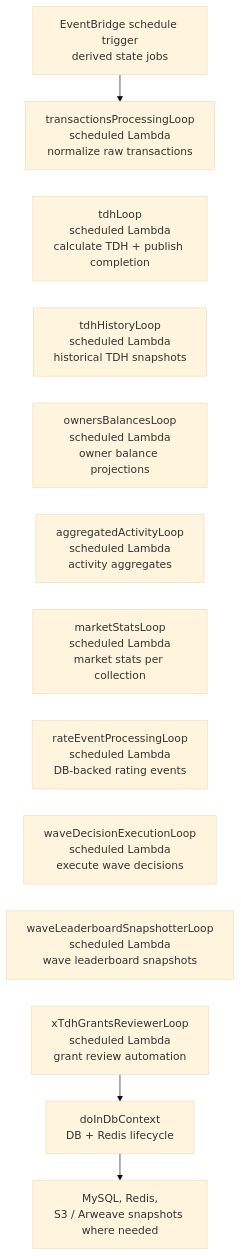
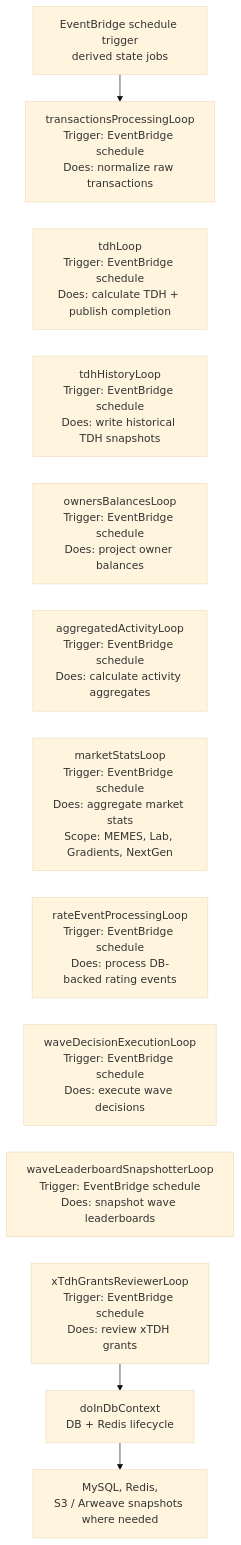
The third of 16 diagrams in docs/architecture.md (6529-Collections/6529seize-backend), drawn with Mermaid (base theme) before and after one commit. The commit also changed other lines of this file, not shown here.

````diff
--- a/docs/architecture.md
+++ b/docs/architecture.md
@@ -66,25 +66,25 @@
 ```mermaid
 %%{init: {"flowchart": {"nodeSpacing": 24, "rankSpacing": 40, "curve": "basis"}} }%%
 flowchart TD
-  DerivedSchedules["EventBridge schedule trigger<br/>derived state jobs"] --> TransactionsProcessingLoop["transactionsProcessingLoop<br/>scheduled Lambda<br/>normalize raw transactions"]
-  TdhLoop["tdhLoop<br/>scheduled Lambda<br/>calculate TDH + publish completion"]
-  TdhHistoryLoop["tdhHistoryLoop<br/>scheduled Lambda<br/>historical TDH snapshots"]
-  OwnersBalancesLoop["ownersBalancesLoop<br/>scheduled Lambda<br/>owner balance projections"]
-  AggregatedActivityLoop["aggregatedActivityLoop<br/>scheduled Lambda<br/>activity aggregates"]
-  MarketStatsLoop["marketStatsLoop<br/>scheduled Lambda<br/>market stats per collection"]
-  RateEventProcessingLoop["rateEventProcessingLoop<br/>scheduled Lambda<br/>DB-backed rating events"]
-  WaveDecisionExecutionLoop["waveDecisionExecutionLoop<br/>scheduled Lambda<br/>execute wave decisions"]
-  WaveLeaderboardSnapshotterLoop["waveLeaderboardSnapshotterLoop<br/>scheduled Lambda<br/>wave leaderboard snapshots"]
-  XTdhGrantsReviewerLoop["xTdhGrantsReviewerLoop<br/>scheduled Lambda<br/>grant review automation"]
+  DerivedSchedules["EventBridge schedule trigger<br/>derived state jobs"] --> TransactionsProcessingLoop["transactionsProcessingLoop<br/>Trigger: EventBridge schedule<br/>Does: normalize raw transactions"]
+  TdhLoop["tdhLoop<br/>Trigger: EventBridge schedule<br/>Does: calculate TDH + publish completion"]
+  TdhHistoryLoop["tdhHistoryLoop<br/>Trigger: EventBridge schedule<br/>Does: write historical TDH snapshots"]
+  OwnersBalancesLoop["ownersBalancesLoop<br/>Trigger: EventBridge schedule<br/>Does: project owner balances"]
+  AggregatedActivityLoop["aggregatedActivityLoop<br/>Trigger: EventBridge schedule<br/>Does: calculate activity aggregates"]
+  MarketStatsLoop["marketStatsLoop<br/>Trigger: EventBridge schedule<br/>Does: aggregate market stats<br/>Scope: MEMES, Lab, Gradients, NextGen"]
+  RateEventProcessingLoop["rateEventProcessingLoop<br/>Trigger: EventBridge schedule<br/>Does: process DB-backed rating events"]
+  WaveDecisionExecutionLoop["waveDecisionExecutionLoop<br/>Trigger: EventBridge schedule<br/>Does: execute wave decisions"]
+  WaveLeaderboardSnapshotterLoop["waveLeaderboardSnapshotterLoop<br/>Trigger: EventBridge schedule<br/>Does: snapshot wave leaderboards"]
+  XTdhGrantsReviewerLoop["xTdhGrantsReviewerLoop<br/>Trigger: EventBridge schedule<br/>Does: review xTDH grants"]
   TransactionsProcessingLoop ~~~ TdhLoop
   TdhLoop ~~~ TdhHistoryLoop
   TdhHistoryLoop ~~~ OwnersBalancesLoop
   OwnersBalancesLoop ~~~ AggregatedActivityLoop
   AggregatedActivityLoop ~~~ MarketStatsLoop
   MarketStatsLoop ~~~ RateEventProcessingLoop
   RateEventProcessingLoop ~~~ WaveDecisionExecutionLoop
   WaveDecisionExecutionLoop ~~~ WaveLeaderboardSnapshotterLoop
   WaveLeaderboardSnapshotterLoop ~~~ XTdhGrantsReviewerLoop
   XTdhGrantsReviewerLoop --> DerivedRuntime["doInDbContext<br/>DB + Redis lifecycle"]
   DerivedRuntime --> DerivedStores["MySQL, Redis,<br/>S3 / Arweave snapshots where needed"]
 ```
````
